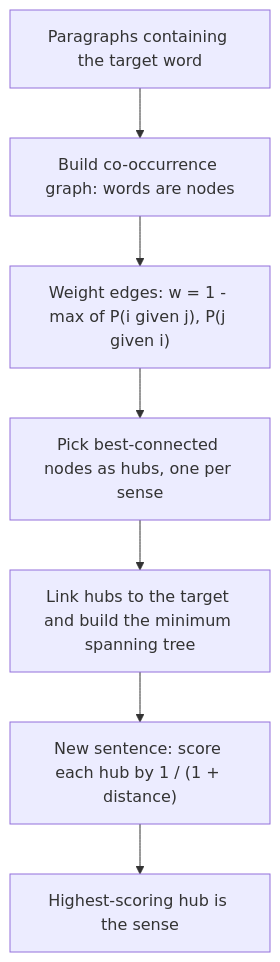
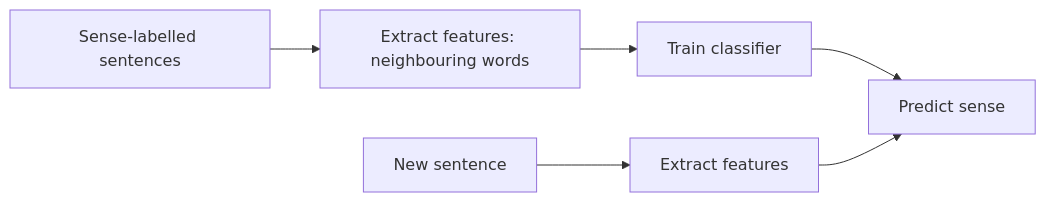
Before and after one commit to TrendySloth1001/sem-seven-notes: the sixth of 6 diagrams in content/natural-language-processing/notes/word-sense-disambiguation.mdx, drawn with Mermaid. The commit also changed other lines of this file and 406 other files, not shown here.

````diff
--- a/content/natural-language-processing/notes/word-sense-disambiguation.mdx
+++ b/content/natural-language-processing/notes/word-sense-disambiguation.mdx
@@ -455,10 +211,9 @@
 ```mermaid
-%% caption: HyperLex. Words that occur with the target form a graph; the best-connected words become hubs, and each hub is one sense. A new sentence takes the sense of the hub its words sit closest to.
-flowchart TD
-  A["Paragraphs containing the target word"] --> B["Build co-occurrence graph: words are nodes"]
-  B --> C["Weight edges: w = 1 - max of P(i given j), P(j given i)"]
-  C --> D["Pick best-connected nodes as hubs, one per sense"]
-  D --> E["Link hubs to the target and build the minimum spanning tree"]
-  E --> F["New sentence: score each hub by 1 / (1 + distance)"]
-  F --> G["Highest-scoring hub is the sense"]
+%% caption: Supervised WSD: train on sense-labelled sentences, then predict the sense of a new sentence.
+flowchart LR
+  A["Sense-labelled sentences"] --> B["Extract features: neighbouring words"]
+  B --> C["Train classifier"]
+  D["New sentence"] --> E["Extract features"]
+  C --> F["Predict sense"]
+  E --> F
 ```
````
